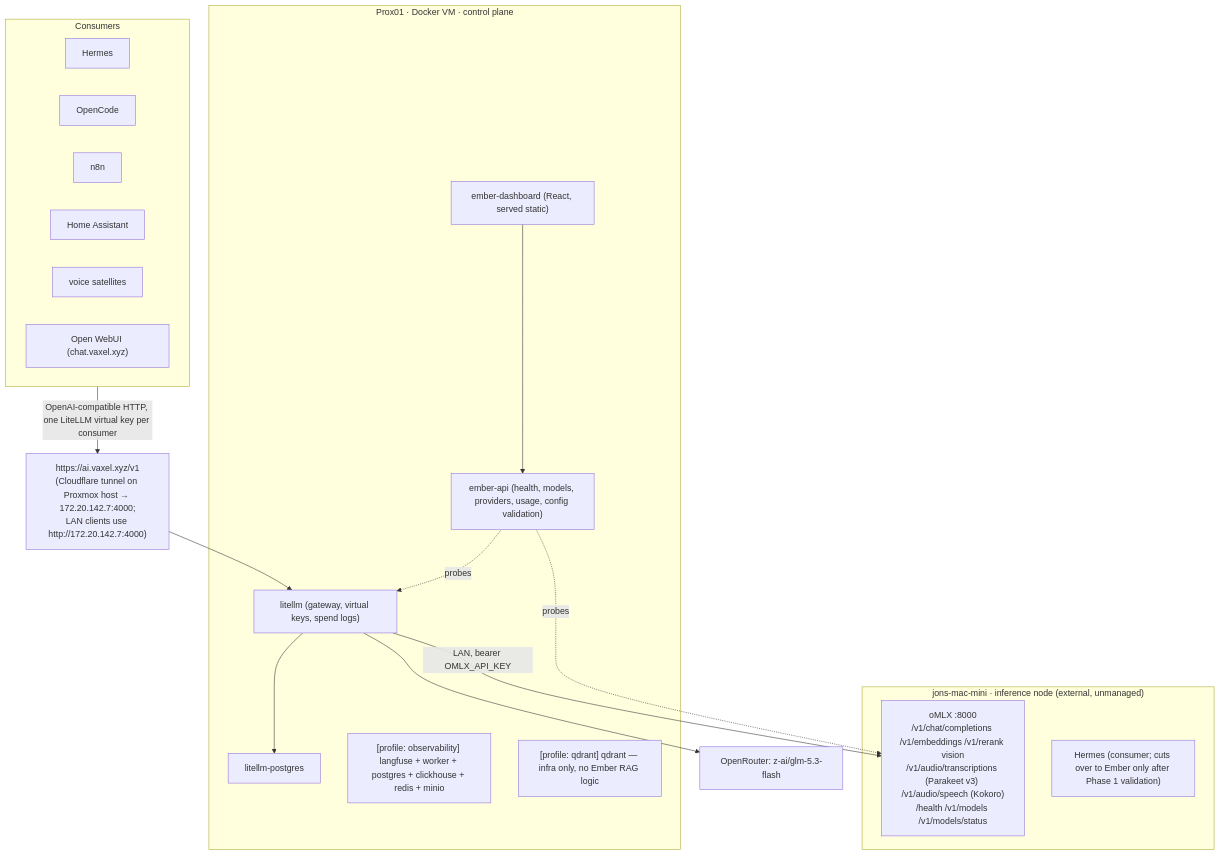
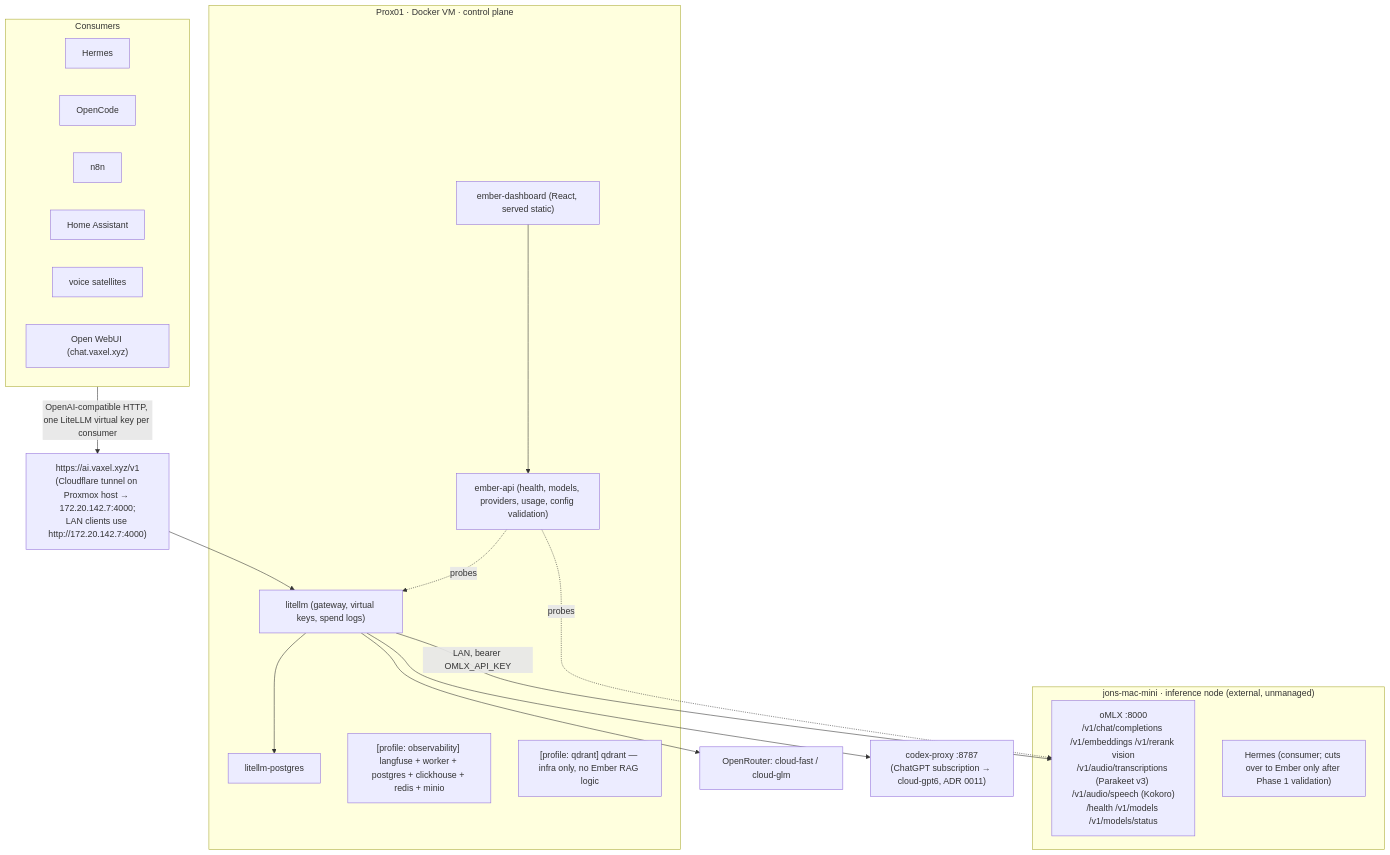
Before and after one commit to vaxel-xyz/Ember-AI: the diagram in docs/architecture.md, drawn with Mermaid. The commit also changed other lines of this file and 18 other files, not shown here.

Commit message:
feat: cloud-gpt6 alias via codex-proxy subscription bridge (ADR 0011)

````diff
--- a/docs/architecture.md
+++ b/docs/architecture.md
@@ -10,39 +10,40 @@
 ```mermaid
 flowchart TB
     subgraph consumers["Consumers"]
         Hermes
         OpenCode
         n8n
         HA["Home Assistant"]
         Voice["voice satellites"]
         OpenWebUI["Open WebUI (chat.vaxel.xyz)"]
     end
 
     consumers -->|"OpenAI-compatible HTTP, one LiteLLM virtual key per consumer"| GW
 
     GW["https://ai.vaxel.xyz/v1<br/>(Cloudflare tunnel on Proxmox host → 172.20.142.7:4000;<br/>LAN clients use http://172.20.142.7:4000)"]
 
     subgraph docker01["Prox01 · Docker VM · control plane"]
         LiteLLM["litellm (gateway, virtual keys, spend logs)"]
         Postgres["litellm-postgres"]
         EmberAPI["ember-api (health, models, providers, usage, config validation)"]
         Dashboard["ember-dashboard (React, served static)"]
         Langfuse["[profile: observability] langfuse + worker + postgres + clickhouse + redis + minio"]
         Qdrant["[profile: qdrant] qdrant — infra only, no Ember RAG logic"]
     end
 
     GW --> LiteLLM
     LiteLLM --> Postgres
     EmberAPI -.probes.-> LiteLLM
     Dashboard --> EmberAPI
 
     subgraph mini["jons-mac-mini · inference node (external, unmanaged)"]
         oMLX["oMLX :8000<br/>/v1/chat/completions /v1/embeddings /v1/rerank vision<br/>/v1/audio/transcriptions (Parakeet v3) /v1/audio/speech (Kokoro)<br/>/health /v1/models /v1/models/status"]
         HermesAgent["Hermes (consumer; cuts over to Ember only after Phase 1 validation)"]
     end
 
     LiteLLM -->|"LAN, bearer OMLX_API_KEY"| oMLX
     EmberAPI -.probes.-> oMLX
 
-    LiteLLM --> OpenRouter["OpenRouter: z-ai/glm-5.3-flash"]
+    LiteLLM --> OpenRouter["OpenRouter: cloud-fast / cloud-glm"]
+    LiteLLM --> CodexProxy["codex-proxy :8787<br/>(ChatGPT subscription → cloud-gpt6, ADR 0011)"]
 ```
````
